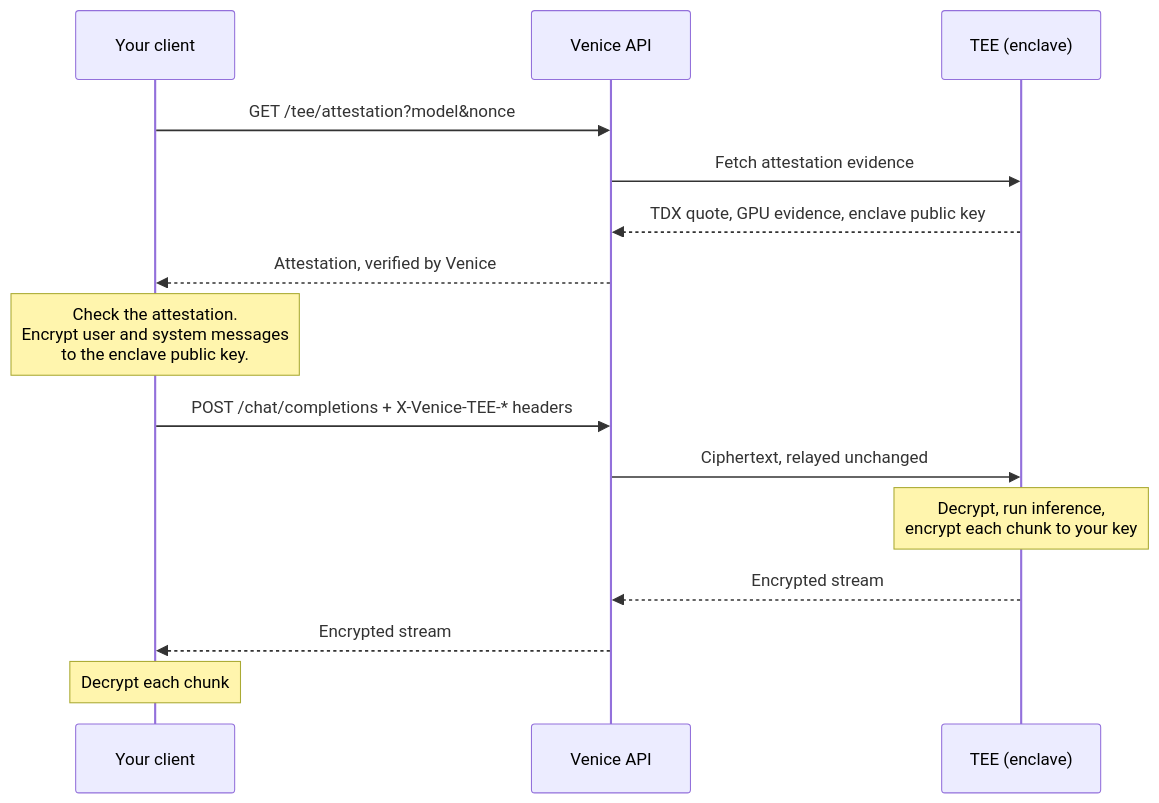
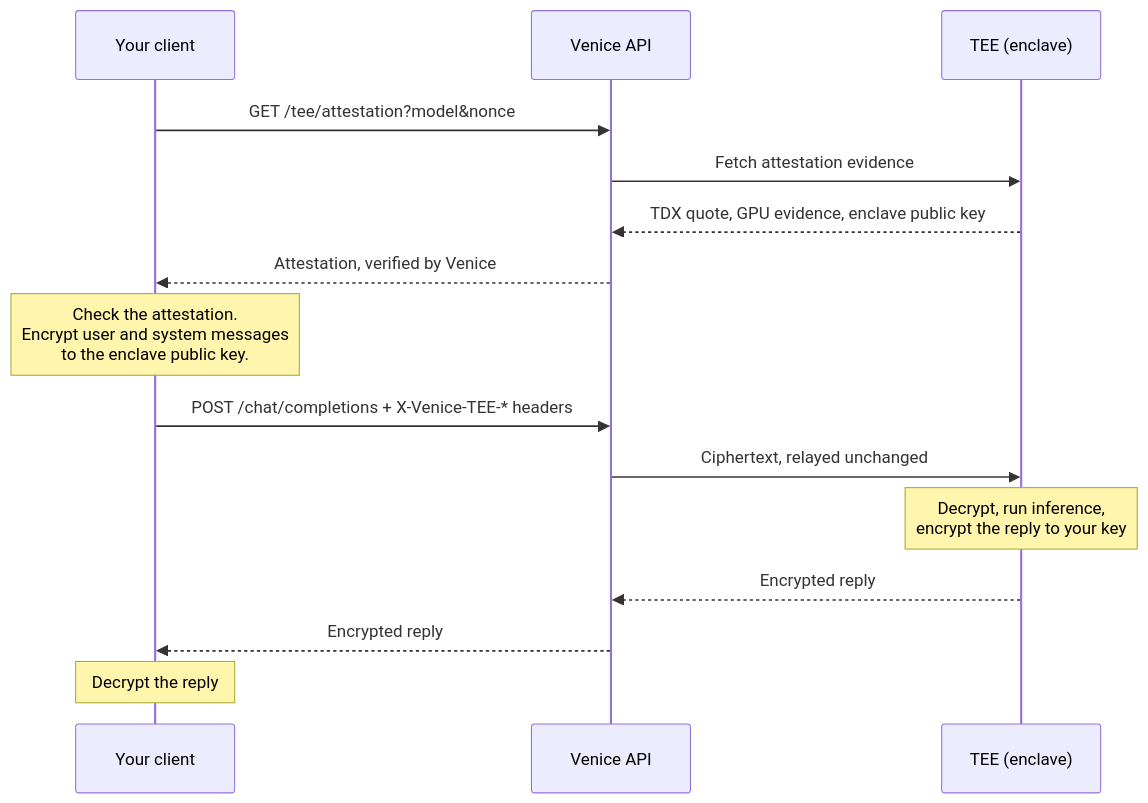
The diagram in guides/features/tee-e2ee-models.mdx (veniceai/api-docs), drawn with Mermaid before and after one commit. The commit also changed other lines of this file and 3 other files, not shown here.

````diff
--- a/guides/features/tee-e2ee-models.mdx
+++ b/guides/features/tee-e2ee-models.mdx
@@ -34,17 +34,17 @@
 ```mermaid
 sequenceDiagram
     participant C as Your client
     participant V as Venice API
     participant T as TEE (enclave)
     C->>V: GET /tee/attestation?model&nonce
     V->>T: Fetch attestation evidence
     T-->>V: TDX quote, GPU evidence, enclave public key
     V-->>C: Attestation, verified by Venice
     Note over C: Check the attestation.<br/>Encrypt user and system messages<br/>to the enclave public key.
     C->>V: POST /chat/completions + X-Venice-TEE-* headers
     V->>T: Ciphertext, relayed unchanged
-    Note over T: Decrypt, run inference,<br/>encrypt each chunk to your key
-    T-->>V: Encrypted stream
-    V-->>C: Encrypted stream
-    Note over C: Decrypt each chunk
+    Note over T: Decrypt, run inference,<br/>encrypt the reply to your key
+    T-->>V: Encrypted reply
+    V-->>C: Encrypted reply
+    Note over C: Decrypt the reply
 ```
````
